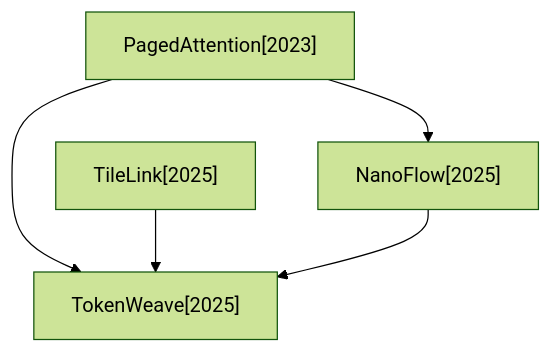
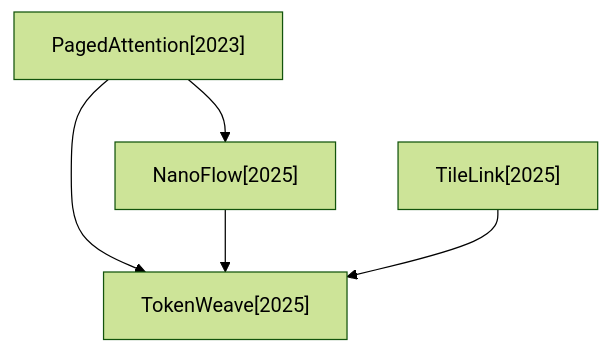
One commit to hustzxd/EfficientPaper changed the second of 3 diagrams in docs/baseline_methods_graph.md. Above: the diagram before and after it, drawn with Mermaid (forest theme). The commit also changed other lines of this file and 30 other files, not shown here.

````diff
--- a/docs/baseline_methods_graph.md
+++ b/docs/baseline_methods_graph.md
@@ -22,11 +22,11 @@
 ```mermaid
 flowchart TD
     2023_PagedAttention["PagedAttention[2023]"]
+    2025_NanoFlow["NanoFlow[2025]"]
+    2025_TokenWeave["TokenWeave[2025]"]
     2025_TileLink["TileLink[2025]"]
-    2025_TokenWeave["TokenWeave[2025]"]
-    2025_NanoFlow["NanoFlow[2025]"]
     2023_PagedAttention --> 2025_NanoFlow
     2023_PagedAttention --> 2025_TokenWeave
+    2025_NanoFlow --> 2025_TokenWeave
     2025_TileLink --> 2025_TokenWeave
-    2025_NanoFlow --> 2025_TokenWeave
 ```
````
